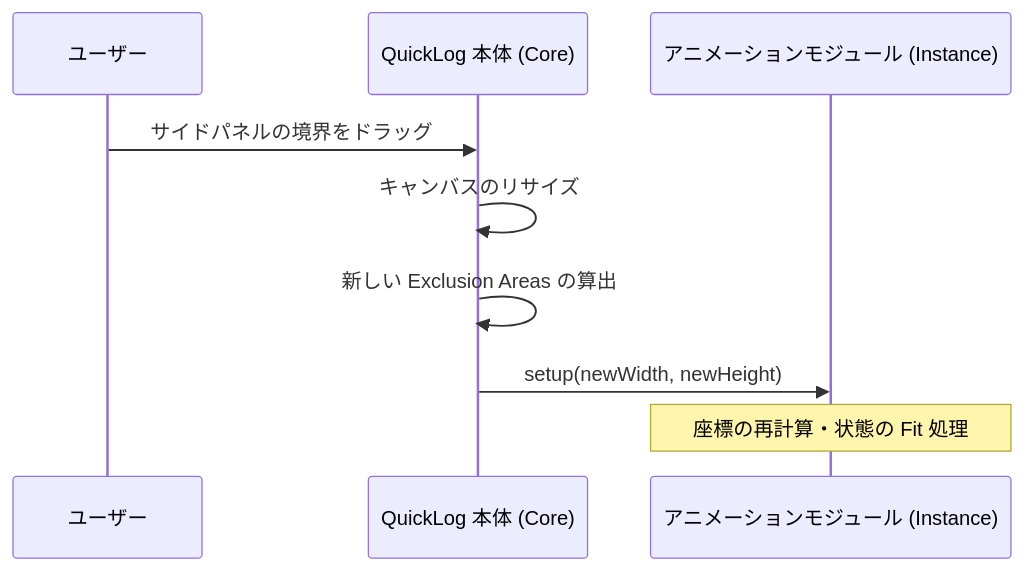
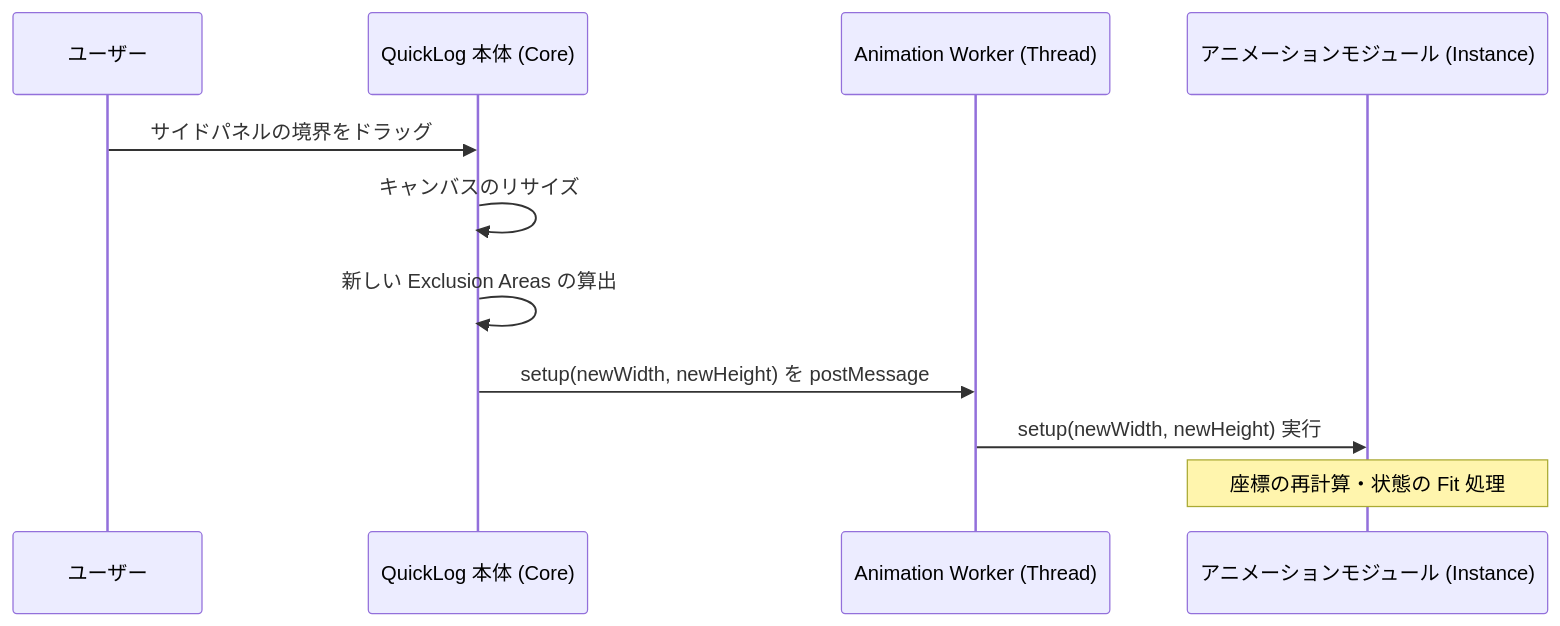
The fourth of 5 diagrams in docs/animation_module_spec.md (masanori-satake/QuickLog-Solo), drawn with Mermaid before and after one commit. The commit also changed other lines of this file, not shown here.

First line of the commit message:
docs: update animation module spec to clarify worker architecture and thread safety

````diff
--- a/docs/animation_module_spec.md
+++ b/docs/animation_module_spec.md
@@ -70,12 +75,14 @@
 ```mermaid
 sequenceDiagram
     participant U_Size as ユーザー
     participant C_Size as QuickLog 本体 (Core)
+    participant W_Size as Animation Worker (Thread)
     participant M_Size as アニメーションモジュール (Instance)
 
     U_Size->>C_Size: サイドパネルの境界をドラッグ
     C_Size->>C_Size: キャンバスのリサイズ
     C_Size->>C_Size: 新しい Exclusion Areas の算出
-    C_Size->>M_Size: setup(newWidth, newHeight)
+    C_Size->>W_Size: setup(newWidth, newHeight) を postMessage
+    W_Size->>M_Size: setup(newWidth, newHeight) 実行
     Note over M_Size: 座標の再計算・状態の Fit 処理
 ```
````
